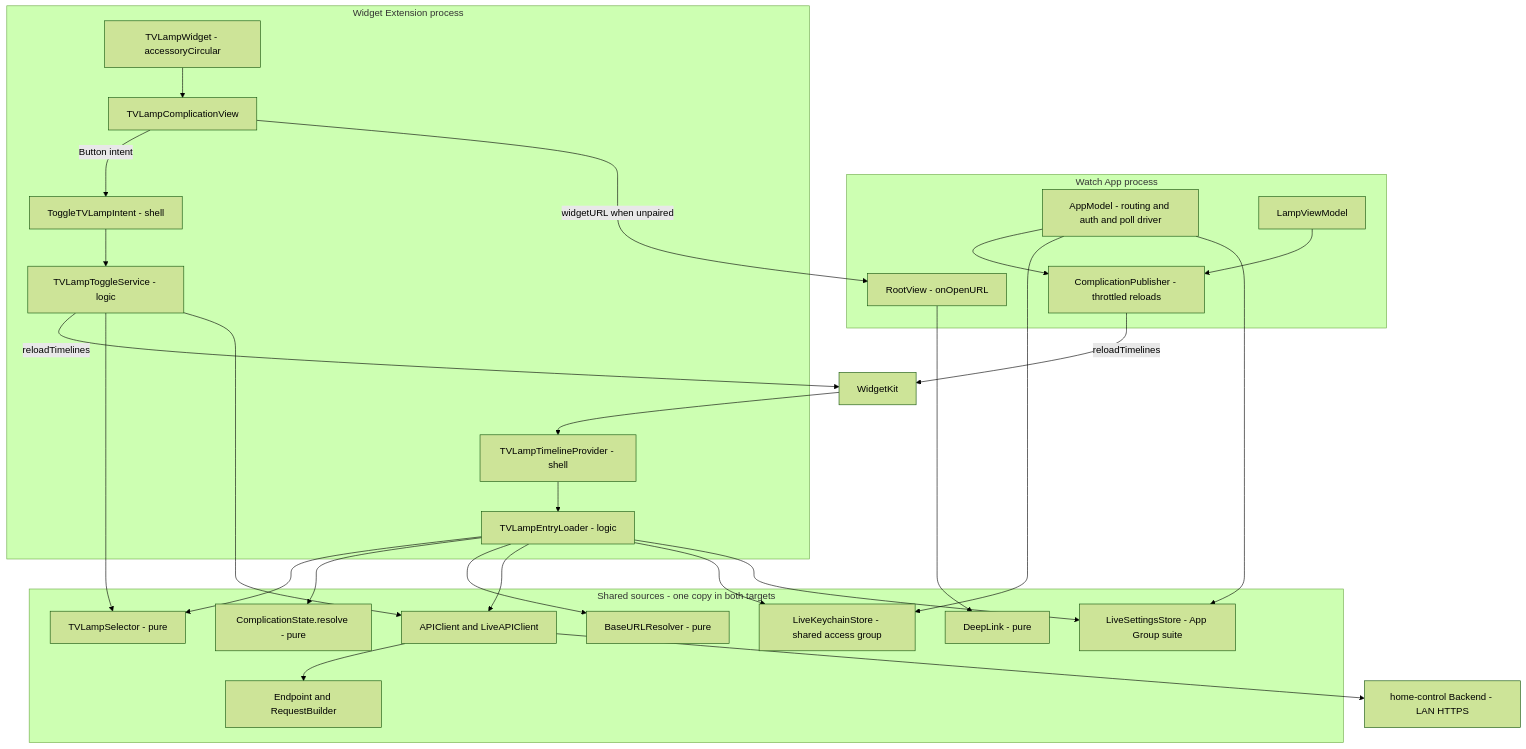
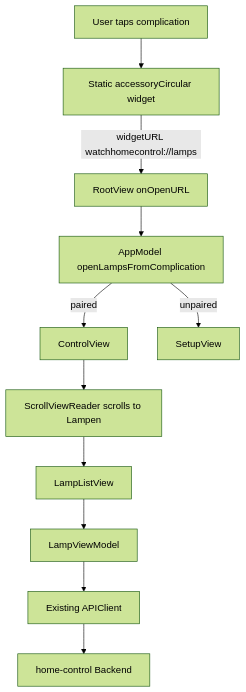
One commit to martinreber/watch-home-control changed the diagram in .kiro/specs/2026-09-27_tv_lamp_complication/design.md. Above: the diagram before and after it, drawn with Mermaid (forest theme). The commit also changed other lines of this file and 36 other files, not shown here.

Commit message:
feat(tv-lamp): call ap from complication

````diff
--- a/.kiro/specs/2026-09-27_tv_lamp_complication/design.md
+++ b/.kiro/specs/2026-09-27_tv_lamp_complication/design.md
@@ -79,57 +17,13 @@
 ```mermaid
 flowchart TD
-    subgraph app[Watch App process]
-        RootView[RootView - onOpenURL]
-        AppVM[AppModel - routing and auth and poll driver]
-        LampVM[LampViewModel]
-        Publisher[ComplicationPublisher - throttled reloads]
-    end
-
-    subgraph ext[Widget Extension process]
-        Widget[TVLampWidget - accessoryCircular]
-        Provider[TVLampTimelineProvider - shell]
-        Loader[TVLampEntryLoader - logic]
-        Intent[ToggleTVLampIntent - shell]
-        Service[TVLampToggleService - logic]
-        CView[TVLampComplicationView]
-    end
-
-    subgraph shared[Shared sources - one copy in both targets]
-        Selector[TVLampSelector - pure]
-        StateMap[ComplicationState.resolve - pure]
-        BaseURL[BaseURLResolver - pure]
-        Link[DeepLink - pure]
-        API[APIClient and LiveAPIClient]
-        Builder[Endpoint and RequestBuilder]
-        KC[LiveKeychainStore - shared access group]
-        Settings[LiveSettingsStore - App Group suite]
-    end
-
-    Backend[home-control Backend - LAN HTTPS]
-    WK[WidgetKit]
-
-    AppVM --> Publisher
-    LampVM --> Publisher
-    Publisher -->|reloadTimelines| WK
-    WK --> Provider
-    Provider --> Loader
-    Widget --> CView
-    CView -->|Button intent| Intent
-    CView -->|widgetURL when unpaired| RootView
-    Intent --> Service
-    Service -->|reloadTimelines| WK
-
-    Loader --> Selector
-    Loader --> StateMap
-    Loader --> BaseURL
-    Loader --> API
-    Service --> Selector
-    Service --> API
-    RootView --> Link
-    API --> Builder
-    API --> Backend
-    AppVM --> KC
-    AppVM --> Settings
-    Loader --> KC
-    Loader --> Settings
+    User[User taps complication] --> Widget[Static accessoryCircular widget]
+    Widget -->|widgetURL watchhomecontrol://lamps| Root[RootView onOpenURL]
+    Root --> Model[AppModel openLampsFromComplication]
+    Model -->|paired| Control[ControlView]
+    Model -->|unpaired| Setup[SetupView]
+    Control --> Scroll[ScrollViewReader scrolls to Lampen]
+    Scroll --> LampList[LampListView]
+    LampList --> LampVM[LampViewModel]
+    LampVM --> API[Existing APIClient]
+    API --> Backend[home-control Backend]
 ```
````
